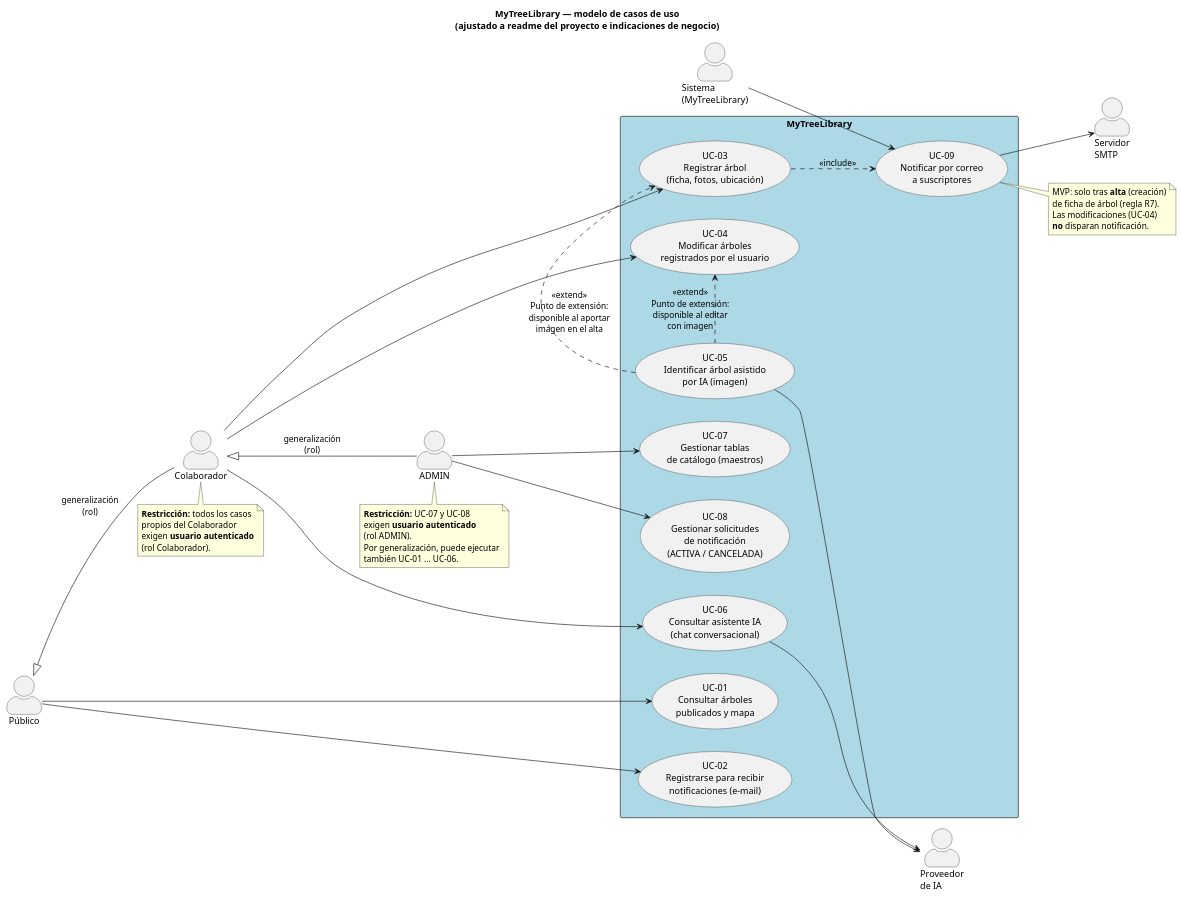
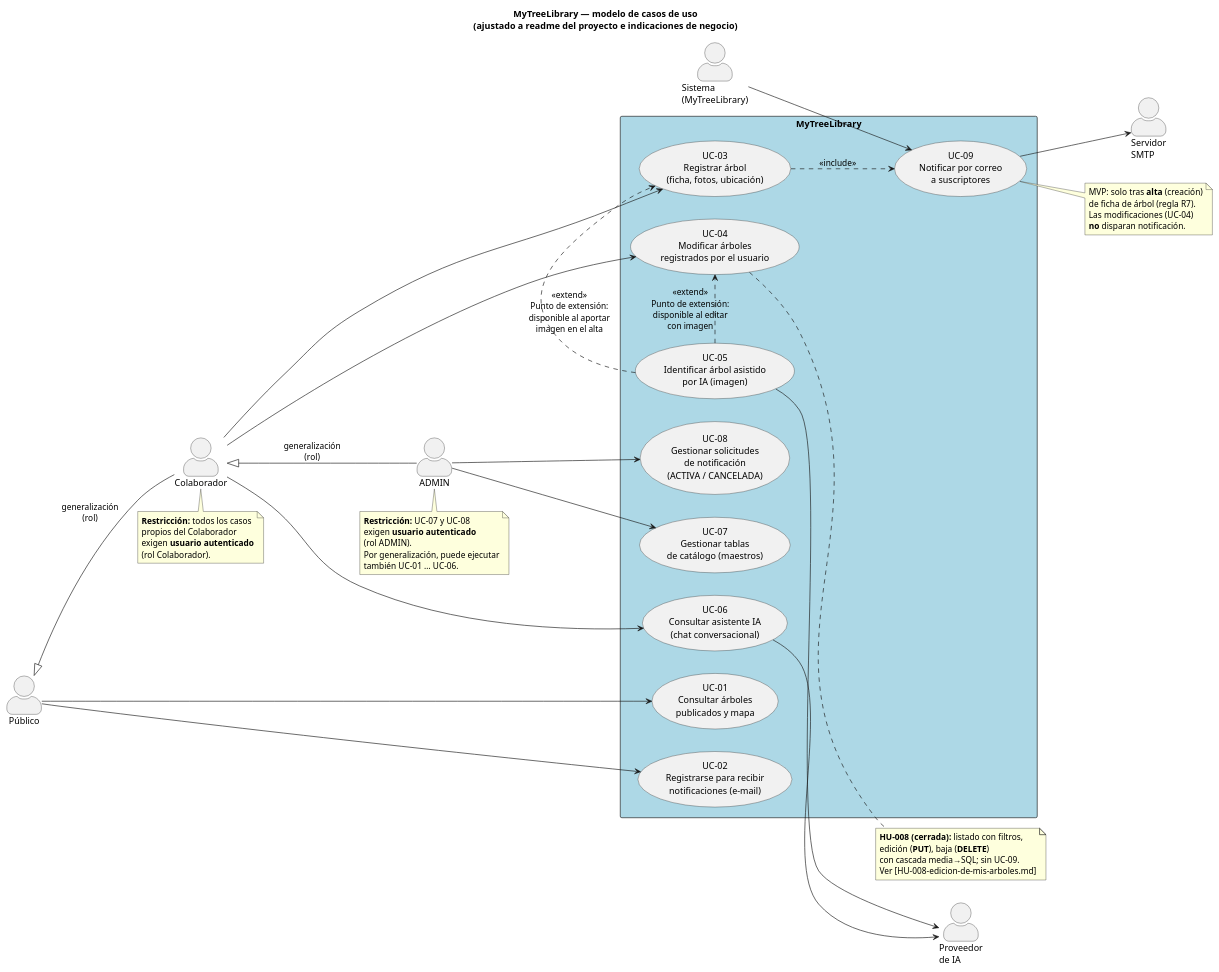
One commit to LIDR-academy/AI4Devs-finalproject changed the diagram in docs/use-cases/use-case-model.puml. Above: the diagram before and after it, drawn with PlantUML. The commit also changed 102 other files, not shown here.

First line of the commit message:
feat(HU-008): edición y baja de mis árboles (UC-04)

```diff
--- a/docs/use-cases/use-case-model.puml
+++ b/docs/use-cases/use-case-model.puml
@@ -1,81 +1,88 @@
 @startuml modelo_casos_uso_mtl
 title MyTreeLibrary — modelo de casos de uso\n(ajustado a readme del proyecto e indicaciones de negocio)
 
 skinparam packageStyle rectangle
 skinparam actorStyle awesome
 left to right direction
 
 actor "Público" as Publico
 actor "Colaborador" as Colaborador
 actor "ADMIN" as Admin
 actor "Sistema\n(MyTreeLibrary)" as Sistema
 actor "Proveedor\nde IA" as ProvIA
 actor "Servidor\nSMTP" as SMTP
 
 Publico <|-- Colaborador : generalización\n(rol)
 Colaborador <|-- Admin : generalización\n(rol)
 
 rectangle "MyTreeLibrary" #LightBlue {
   usecase "UC-01\nConsultar árboles\npublicados y mapa" as UC1
   usecase "UC-02\nRegistrarse para recibir\nnotificaciones (e-mail)" as UC2
 
   usecase "UC-03\nRegistrar árbol\n(ficha, fotos, ubicación)" as UC3
   usecase "UC-04\nModificar árboles\nregistrados por el usuario" as UC4
   usecase "UC-05\nIdentificar árbol asistido\npor IA (imagen)" as UC5
 
   usecase "UC-06\nConsultar asistente IA\n(chat conversacional)" as UC6
 
   usecase "UC-07\nGestionar tablas\nde catálogo (maestros)" as UC7
   usecase "UC-08\nGestionar solicitudes\nde notificación\n(ACTIVA / CANCELADA)" as UC8
 
   usecase "UC-09\nNotificar por correo\na suscriptores" as UC9
 }
 
 ' --- Público (sin autenticación) ---
 Publico --> UC1
 Publico --> UC2
 
 ' --- Colaborador (requiere autenticación; hereda Público) ---
 Colaborador --> UC3
 Colaborador --> UC4
 Colaborador --> UC6
 
 UC5 .> UC3 : <<extend>>\nPunto de extensión:\ndisponible al aportar\nimagen en el alta
 UC5 .> UC4 : <<extend>>\nPunto de extensión:\ndisponible al editar\ncon imagen
 
+note right of UC4
+  **HU-008 (cerrada):** listado con filtros,
+  edición (**PUT**), baja (**DELETE**)
+  con cascada media→SQL; sin UC-09.
+  Ver [HU-008-edicion-de-mis-arboles.md]
+end note
+
 ' --- ADMIN (requiere autenticación; hereda Colaborador) ---
 Admin --> UC7
 Admin --> UC8
 
 note bottom of Colaborador
   **Restricción:** todos los casos
   propios del Colaborador
   exigen **usuario autenticado**
   (rol Colaborador).
 end note
 
 note bottom of Admin
   **Restricción:** UC-07 y UC-08
   exigen **usuario autenticado**
   (rol ADMIN).
   Por generalización, puede ejecutar
   también UC-01 … UC-06.
 end note
 
 ' --- Notificaciones automáticas (sistema) ---
 Sistema --> UC9
 UC3 ..> UC9 : <<include>>
 
 note right of UC9
   MVP: solo tras **alta** (creación)
   de ficha de árbol (regla R7).
   Las modificaciones (UC-04)
   **no** disparan notificación.
 end note
 
 UC9 --> SMTP
 
 UC5 --> ProvIA
 UC6 --> ProvIA
 
 @enduml
```
